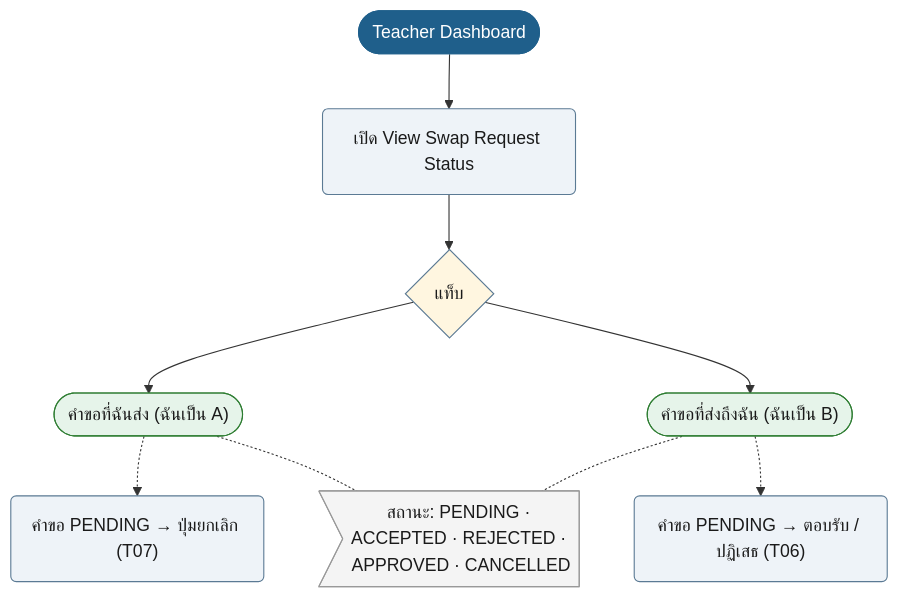
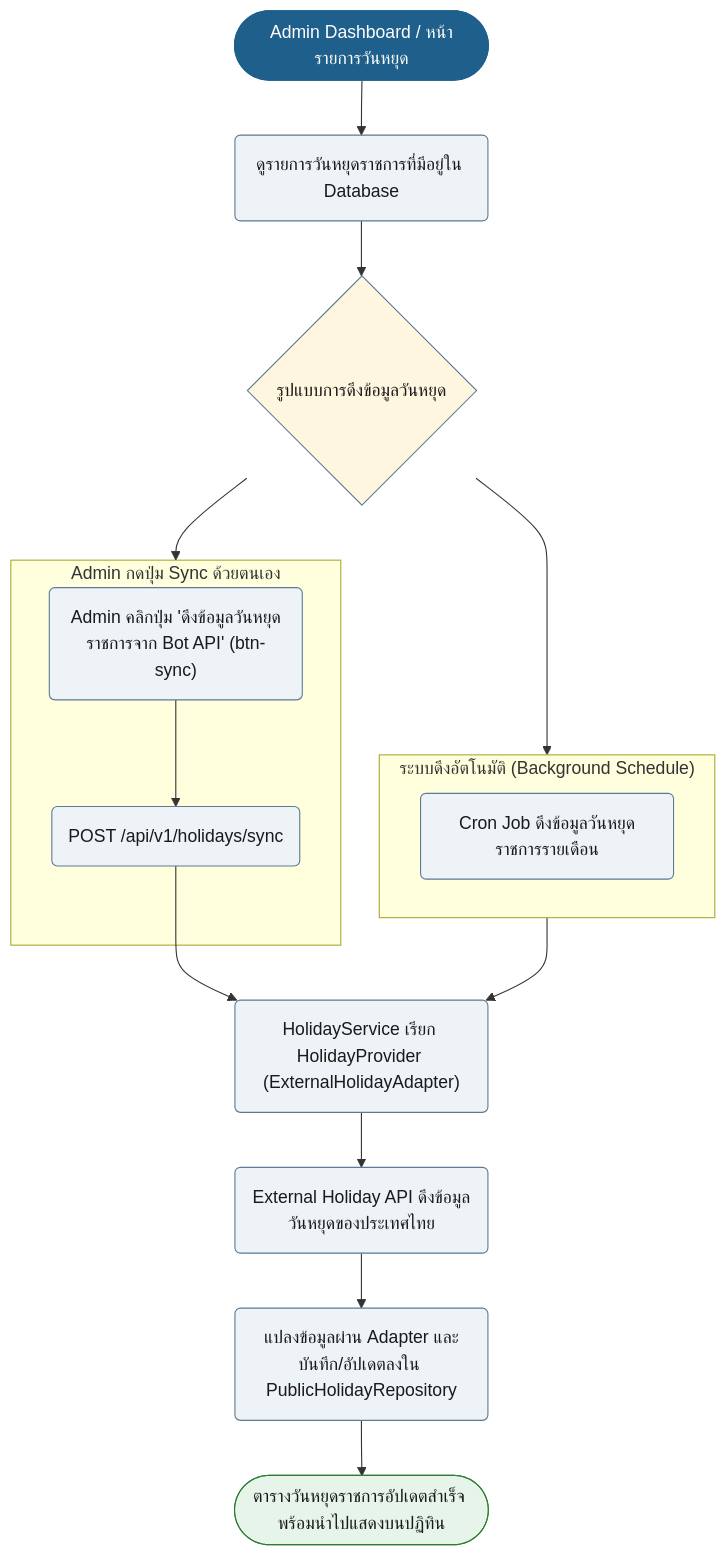
Diagram 19 of 19 in doc/diagram/Userflow_diagram.md (synthesixer/AcadOS), drawn with Mermaid before and after one commit. The commit also changed other lines of this file and 8 other files, not shown here.

````diff
--- a/doc/diagram/Userflow_diagram.md
+++ b/doc/diagram/Userflow_diagram.md
@@ -690,25 +752,36 @@
 ```mermaid
 flowchart TD
-    n1(["Teacher Dashboard"]):::start
-    n2("เปิด View Swap Request Status"):::act
-    n3{"แท็บ"}:::dec
+    n1(["Admin Dashboard / หน้ารายการวันหยุด"]):::start
+    n2("ดูรายการวันหยุดราชการที่มีอยู่ใน Database"):::act
     n1 --> n2
-    n2 --> n3
-    n4(["คำขอที่ฉันส่ง (ฉันเป็น A)"]):::ok
-    n5(["คำขอที่ส่งถึงฉัน (ฉันเป็น B)"]):::ok
-    n3 --> n4
-    n3 --> n5
-    n6("คำขอ PENDING → ปุ่มยกเลิก (T07)"):::act
-    n4 -.-> n6
-    n7("คำขอ PENDING → ตอบรับ / ปฏิเสธ (T06)"):::act
-    n5 -.-> n7
-    n8>"สถานะ: PENDING · ACCEPTED · REJECTED · APPROVED · CANCELLED"]:::note
-    n4 -.- n8
-    n5 -.- n8
+    trigger{"รูปแบบการดึงข้อมูลวันหยุด"}:::dec
+    n2 --> trigger
+
+    subgraph Auto_Sync ["ระบบดึงอัตโนมัติ (Background Schedule)"]
+        auto_act("Cron Job ดึงข้อมูลวันหยุดราชการรายเดือน"):::act
+    end
+
+    subgraph Manual_Sync ["Admin กดปุ่ม Sync ด้วยตนเอง"]
+        man_act("Admin คลิกปุ่ม 'ดึงข้อมูลวันหยุดราชการจาก Bot API' (btn-sync)"):::act
+        man_post("POST /api/v1/holidays/sync"):::act
+        man_act --> man_post
+    end
+
+    trigger --> Auto_Sync
+    trigger --> Manual_Sync
+
+    adapt("HolidayService เรียก HolidayProvider (ExternalHolidayAdapter)"):::act
+    Auto_Sync --> adapt
+    man_post --> adapt
+    ext("External Holiday API ดึงข้อมูลวันหยุดของประเทศไทย"):::act
+    adapt --> ext
+    save_hol("แปลงข้อมูลผ่าน Adapter และบันทึก/อัปเดตลงใน PublicHolidayRepository"):::act
+    ext --> save_hol
+    done_hol(["ตารางวันหยุดราชการอัปเดตสำเร็จ พร้อมนำไปแสดงบนปฏิทิน"]):::ok
+    save_hol --> done_hol
+
     classDef start fill:#1F5F8B,stroke:#1F5F8B,color:#fff
     classDef act fill:#EEF3F8,stroke:#5B7A94,color:#1a1a1a
     classDef dec fill:#FFF6E0,stroke:#5B7A94,color:#1a1a1a
-    classDef bad fill:#FCE8E6,stroke:#C0392B,color:#1a1a1a
     classDef ok fill:#E6F4EA,stroke:#2E7D32,color:#1a1a1a
-    classDef note fill:#F4F4F4,stroke:#999,color:#1a1a1a
 ```
````
